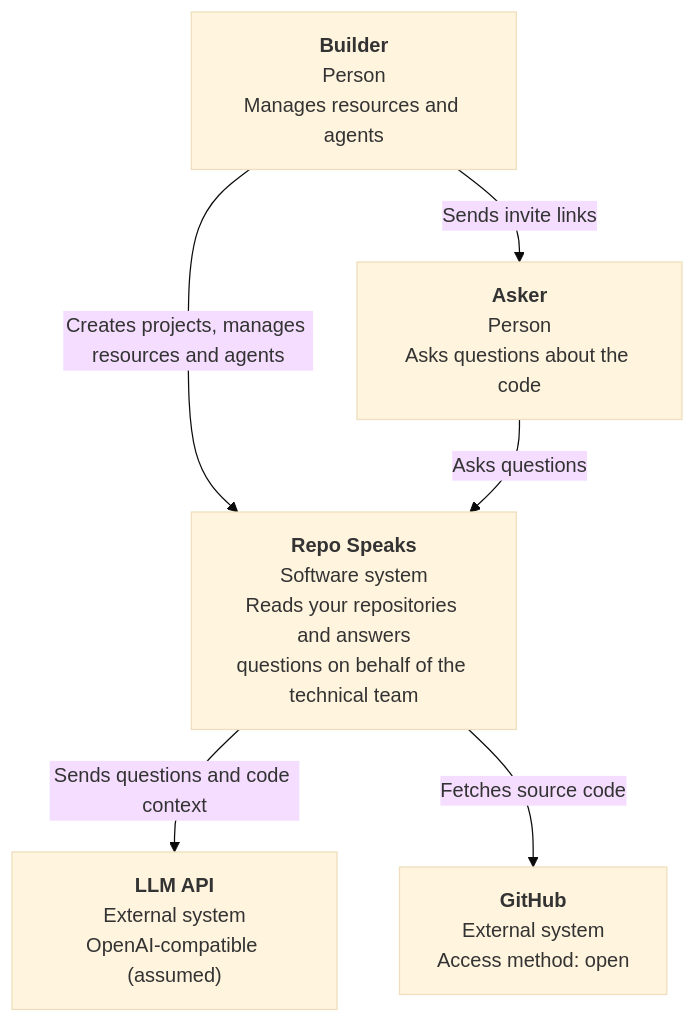
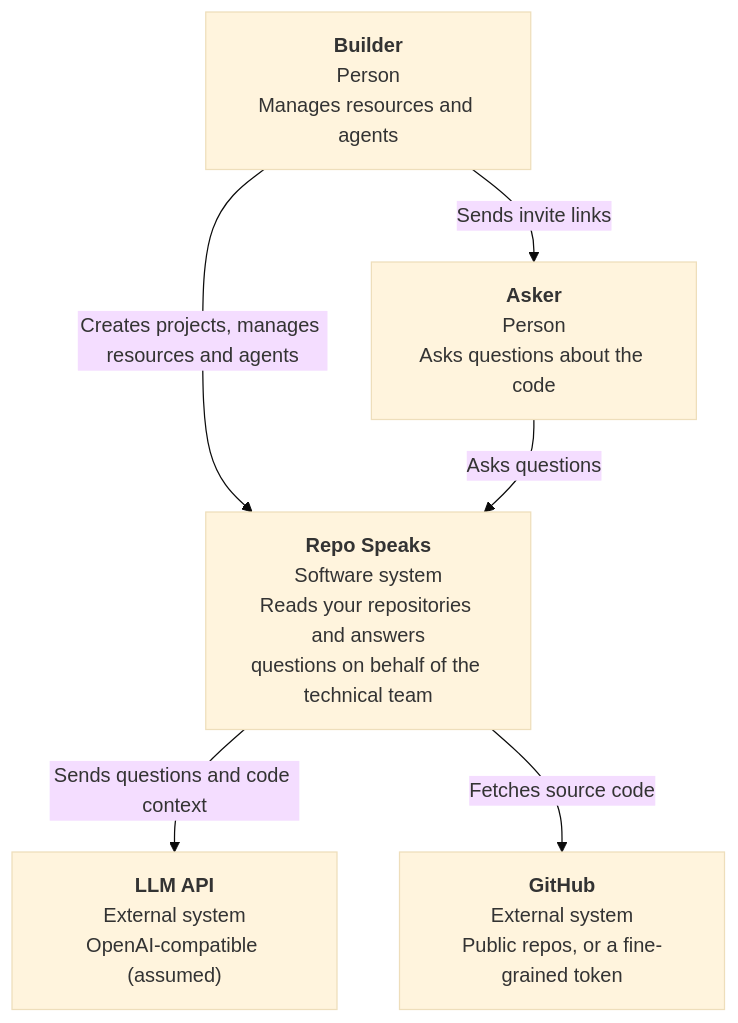
One commit to urtuba/repo-speaks changed the first of 7 diagrams in ARCHITECTURE.md. Above: the diagram before and after it, drawn with Mermaid (base theme). The commit also changed other lines of this file and 2 other files, not shown here.

````diff
--- a/ARCHITECTURE.md
+++ b/ARCHITECTURE.md
@@ -19,14 +19,14 @@
 ```mermaid
 flowchart TB
     builder["<b>Builder</b><br/>Person<br/>Manages resources and agents"]
     asker["<b>Asker</b><br/>Person<br/>Asks questions about the code"]
     rs["<b>Repo Speaks</b><br/>Software system<br/>Reads your repositories and answers<br/>questions on behalf of the technical team"]
     llm["<b>LLM API</b><br/>External system<br/>OpenAI-compatible (assumed)"]
-    gh["<b>GitHub</b><br/>External system<br/>Access method: open"]
+    gh["<b>GitHub</b><br/>External system<br/>Public repos, or a fine-grained token"]
 
     builder -- "Sends invite links" --> asker
     builder -- "Creates projects, manages resources and agents" --> rs
     asker -- "Asks questions" --> rs
     rs -- "Sends questions and code context" --> llm
     rs -- "Fetches source code" --> gh
 ```
````
